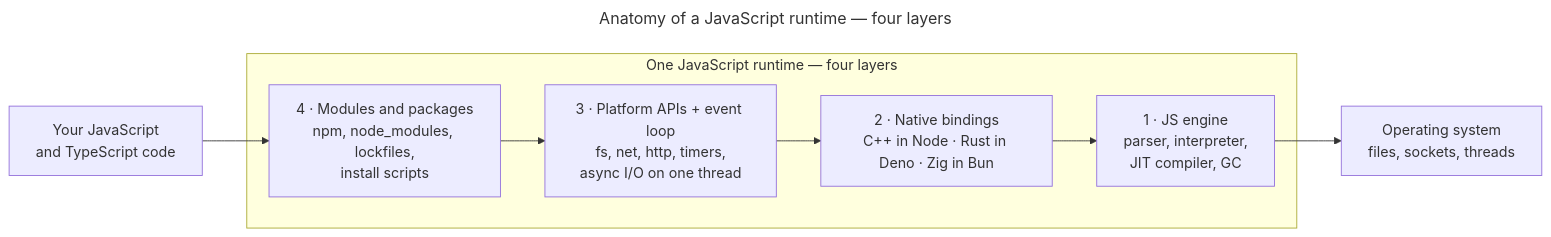
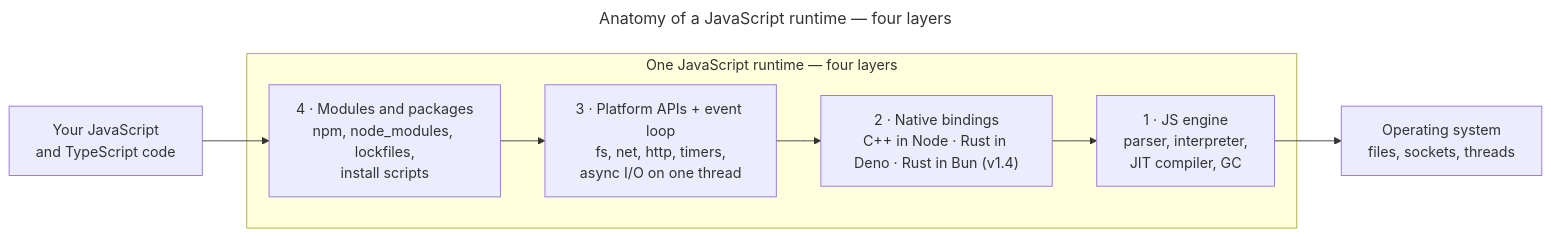
Before and after one commit to Encryptioner/blogs: the diagram in assets/B-29/runtime-anatomy.mmd, drawn with Mermaid. The commit also changed 13 other files, not shown here.

Commit message:
feat: update B-29/P-12 for Bun's Rust rewrite and runtime LTS models

```diff
--- a/assets/B-29/runtime-anatomy.mmd
+++ b/assets/B-29/runtime-anatomy.mmd
@@ -1,17 +1,17 @@
 ---
 title: Anatomy of a JavaScript runtime — four layers
 ---
 flowchart LR
     app["Your JavaScript<br/>and TypeScript code"]
     subgraph RT["One JavaScript runtime — four layers"]
         L4["4 · Modules and packages<br/>npm, node_modules, lockfiles,<br/>install scripts"]
         L3["3 · Platform APIs + event loop<br/>fs, net, http, timers,<br/>async I/O on one thread"]
-        L2["2 · Native bindings<br/>C++ in Node · Rust in Deno · Zig in Bun"]
+        L2["2 · Native bindings<br/>C++ in Node · Rust in Deno · Rust in Bun (v1.4)"]
         L1["1 · JS engine<br/>parser, interpreter,<br/>JIT compiler, GC"]
     end
     os["Operating system<br/>files, sockets, threads"]
     app --> L4
     L4 --> L3
     L3 --> L2
     L2 --> L1
     L1 --> os
```
